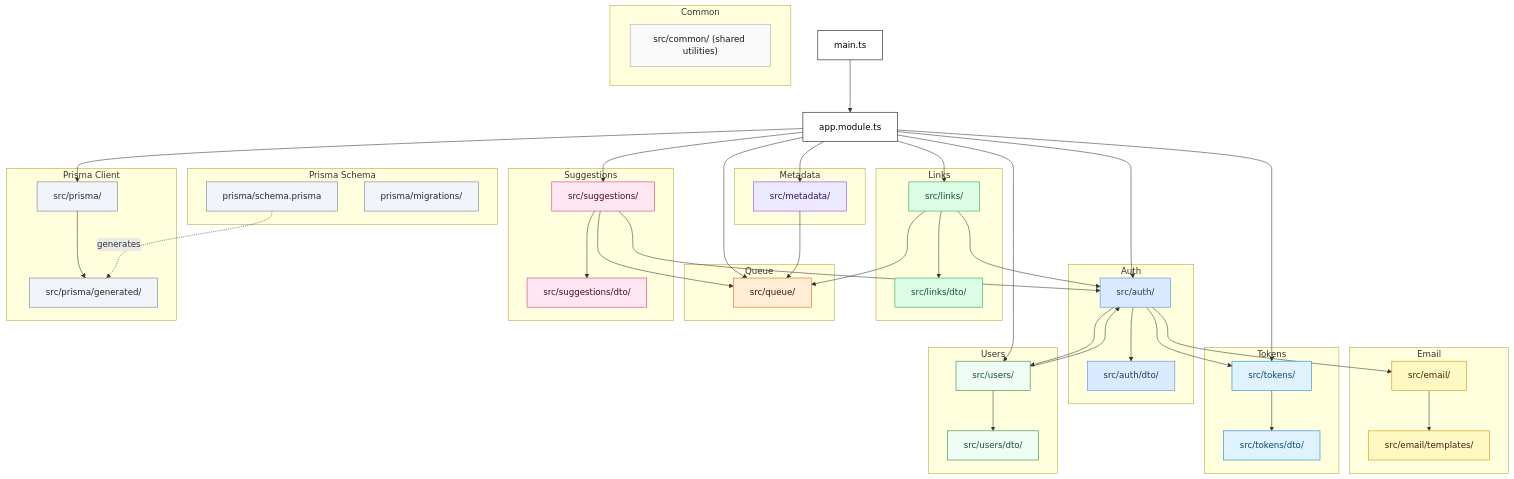
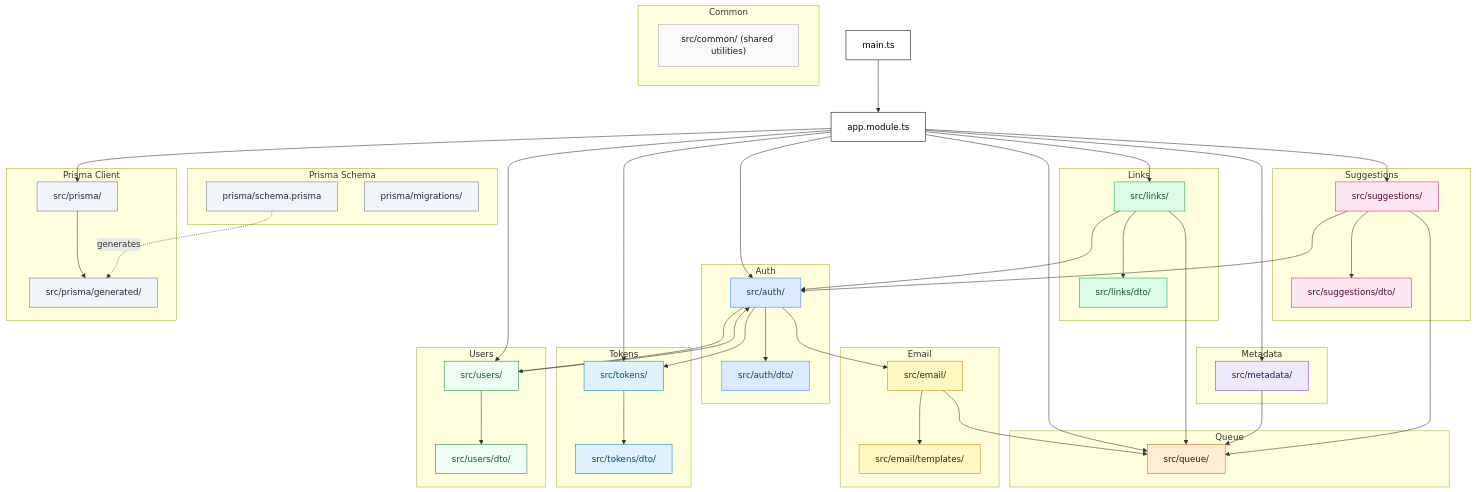
The diagram in apps/api/README.md (nschneble/linklater), drawn with Mermaid before and after one commit. The commit also changed other lines of this file and 247 other files, not shown here.

```diff
--- a/apps/api/README.md
+++ b/apps/api/README.md
@@ -83,6 +83,7 @@
     auth --> email
     auth --> tokens
     auth --> users
+    email --> queue
     links --> auth
     links --> queue
     metadata --> queue
```
